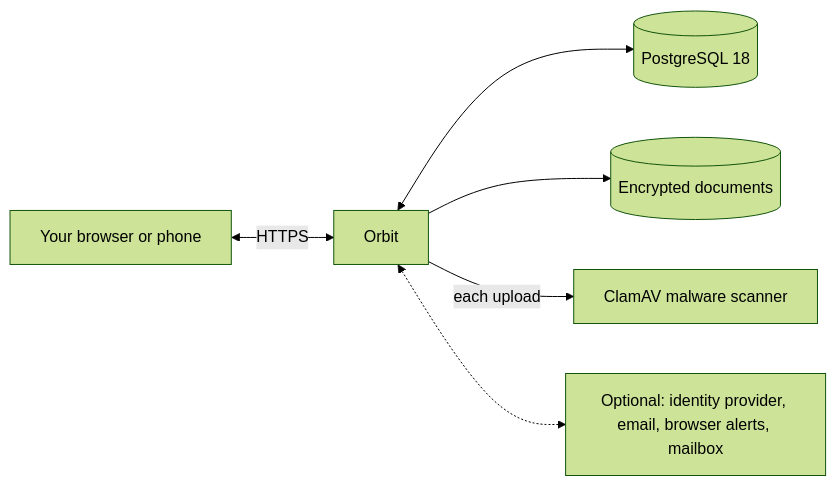
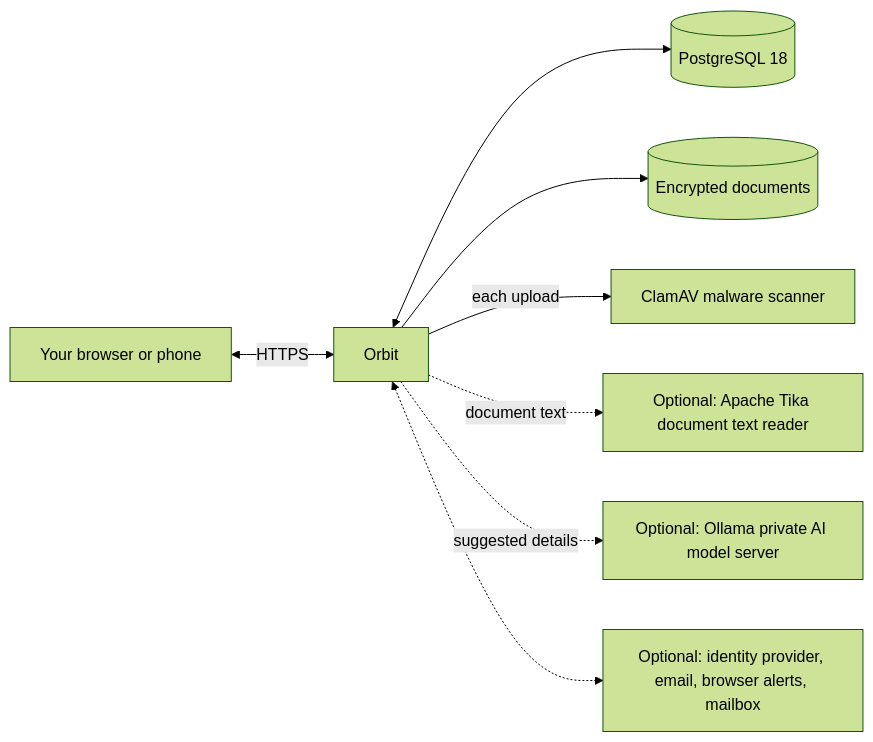
The diagram in docs/overview.md (tomlawesome/orbit), drawn with Mermaid (forest theme) before and after one commit.

Commit message:
Overview: show the optional Tika and Ollama containers in the diagram
The diagram showed the three standard containers and lumped other
optional parts together, but left out Apache Tika (document text reader,
the processing profile) and Ollama (private model server, the ai profile),
which docker-compose.yml defines and the text below already names.
Both are drawn as optional, dotted like the other optional parts.

Refs ai/orbit-site#124

````diff
--- a/docs/overview.md
+++ b/docs/overview.md
@@ -87,15 +87,19 @@
 ```mermaid
 flowchart LR
     browser["Your browser or phone"]
     orbit["Orbit"]
     postgres[("PostgreSQL 18")]
     documents[("Encrypted documents")]
     scanner["ClamAV malware scanner"]
+    tika["Optional: Apache Tika document text reader"]
+    ollama["Optional: Ollama private AI model server"]
     optional["Optional: identity provider, email, browser alerts, mailbox"]
 
     browser <-->|HTTPS| orbit
     orbit <--> postgres
     orbit --> documents
     orbit -->|each upload| scanner
+    orbit -.->|document text| tika
+    orbit -.->|suggested details| ollama
     orbit <-.-> optional
 ```
````
